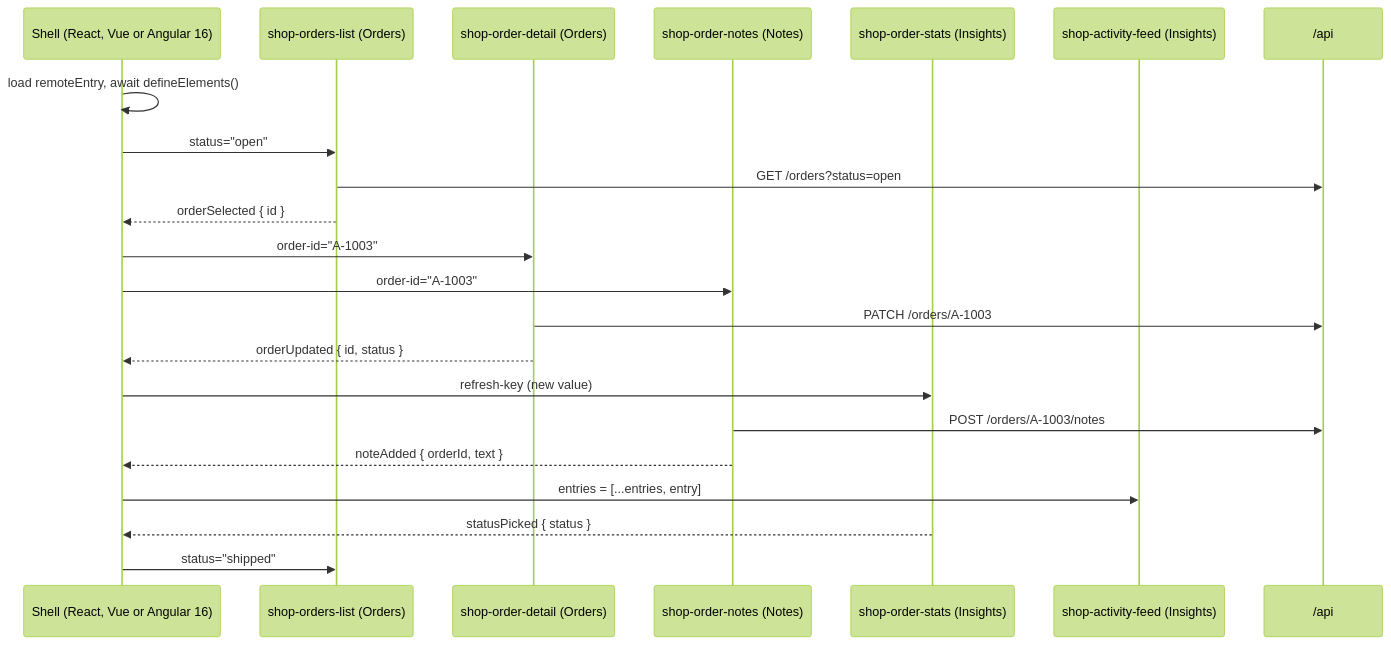
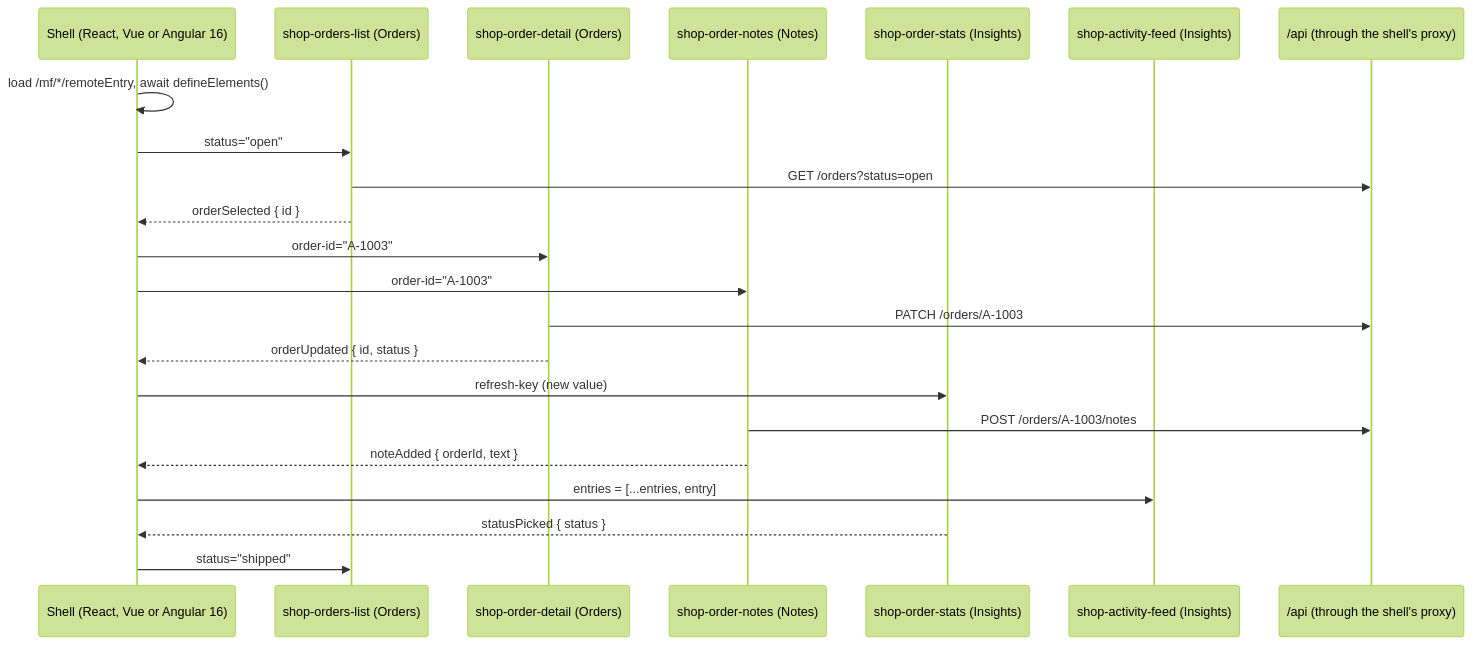
One commit to IliasEfth/Web-Components changed the second of 2 diagrams in README.md. Above: the diagram before and after it, drawn with Mermaid (forest theme). The commit also changed other lines of this file, not shown here.

Commit message:
docs(readme): diagrams and ports for one proxy per shell

````diff
--- a/README.md
+++ b/README.md
@@ -94,25 +100,25 @@
 ```mermaid
 sequenceDiagram
   participant Shell as Shell (React, Vue or Angular 16)
   participant List as shop-orders-list (Orders)
   participant Detail as shop-order-detail (Orders)
   participant Notes as shop-order-notes (Notes)
   participant Stats as shop-order-stats (Insights)
   participant Feed as shop-activity-feed (Insights)
-  participant API as /api
+  participant API as /api (through the shell's proxy)
 
-  Shell->>Shell: load remoteEntry, await defineElements()
+  Shell->>Shell: load /mf/*/remoteEntry, await defineElements()
   Shell->>List: status="open"
   List->>API: GET /orders?status=open
   List-->>Shell: orderSelected { id }
   Shell->>Detail: order-id="A-1003"
   Shell->>Notes: order-id="A-1003"
   Detail->>API: PATCH /orders/A-1003
   Detail-->>Shell: orderUpdated { id, status }
   Shell->>Stats: refresh-key (new value)
   Notes->>API: POST /orders/A-1003/notes
   Notes-->>Shell: noteAdded { orderId, text }
   Shell->>Feed: entries = [...entries, entry]
   Stats-->>Shell: statusPicked { status }
   Shell->>List: status="shipped"
 ```
````
